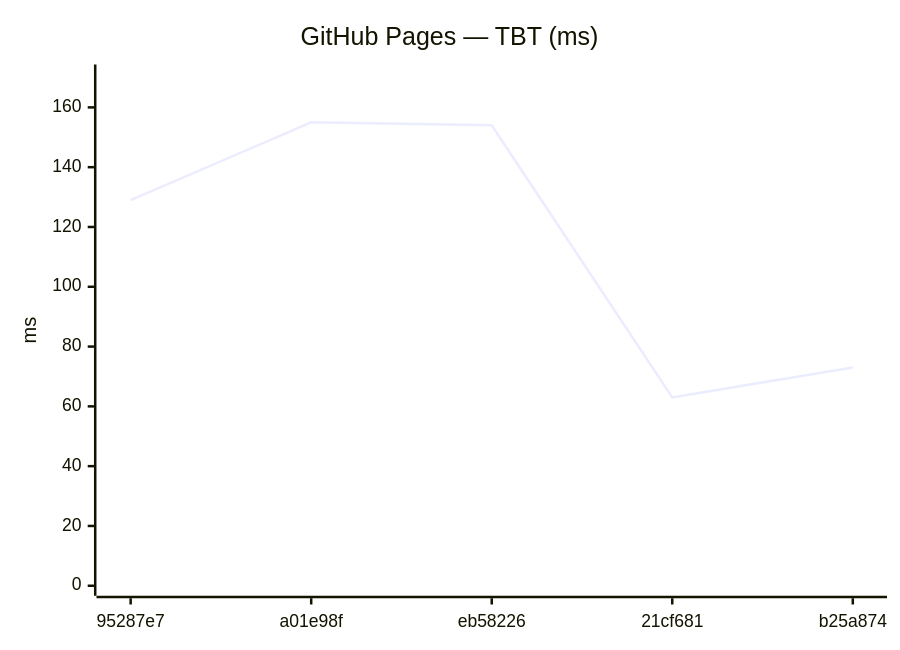
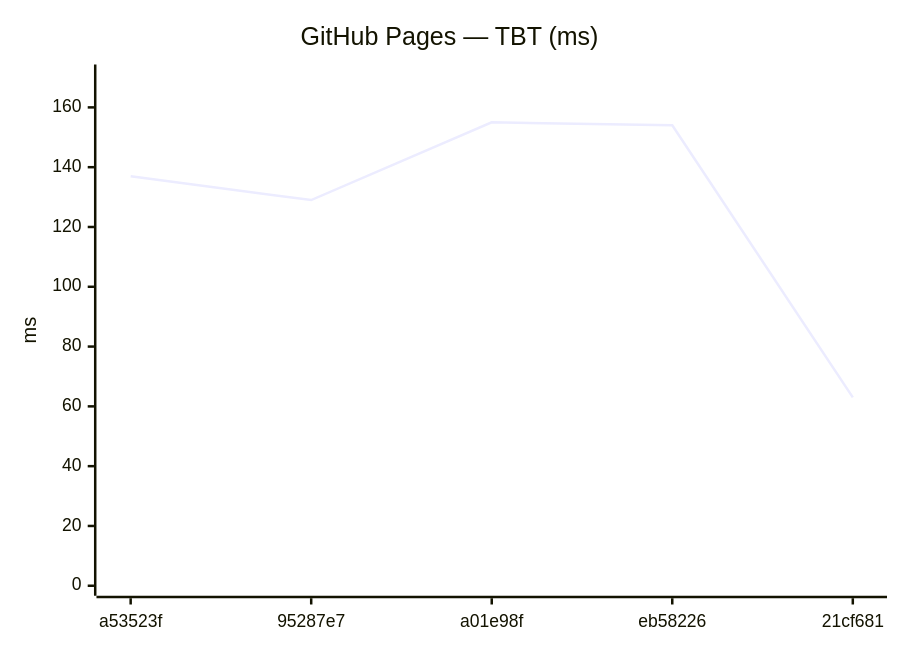
One commit to Metaheurist/Rianell changed the tenth of 18 diagrams in benchmarks/compare.md. Above: the diagram before and after it, drawn with Mermaid. The commit also changed other lines of this file and 11 other files, not shown here.

````diff
--- a/benchmarks/compare.md
+++ b/benchmarks/compare.md
@@ -149,7 +149,7 @@
 ```mermaid
 xychart-beta
     title "GitHub Pages — TBT (ms)"
-    x-axis ["95287e7", "a01e98f", "eb58226", "21cf681", "b25a874"]
+    x-axis ["a53523f", "95287e7", "a01e98f", "eb58226", "21cf681"]
     y-axis "ms" 0 --> 171
-    line [129, 155, 154, 63, 73]
+    line [137, 129, 155, 154, 63]
 ```
````
